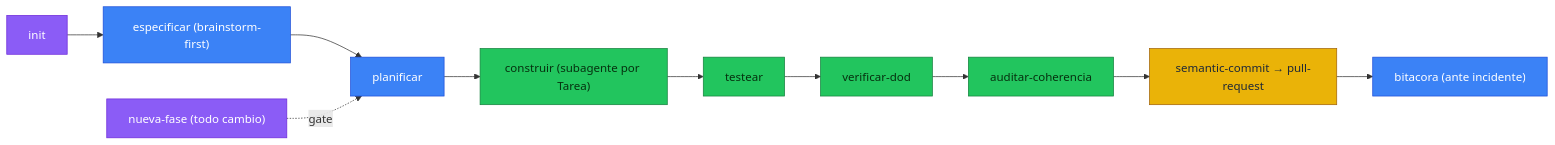
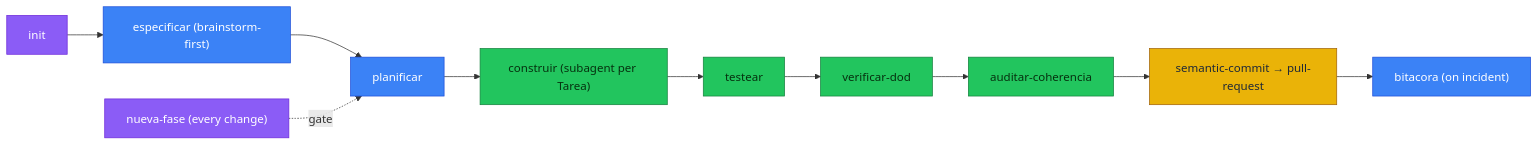
The diagram in README.md (AlexPrietoRomani/project-suite), drawn with Mermaid before and after one commit. The commit also changed other lines of this file and 21 other files, not shown here.

````diff
--- a/README.md
+++ b/README.md
@@ -40,17 +42,17 @@
 ```mermaid
 flowchart LR
     INIT["init"]:::cmd --> ESP["especificar (brainstorm-first)"]:::doc
     ESP --> PLAN["planificar"]:::doc
-    PLAN --> CONSTR["construir (subagente por Tarea)"]:::loop
+    PLAN --> CONSTR["construir (subagent per Tarea)"]:::loop
     CONSTR --> TEST["testear"]:::loop
     TEST --> DOD["verificar-dod"]:::loop
     DOD --> COH["auditar-coherencia"]:::loop
     COH --> COMMIT["semantic-commit → pull-request"]:::git
-    COMMIT --> BIT["bitacora (ante incidente)"]:::doc
-    NUEVA["nueva-fase (todo cambio)"]:::cmd -.->|"gate"| PLAN
+    COMMIT --> BIT["bitacora (on incident)"]:::doc
+    NUEVA["nueva-fase (every change)"]:::cmd -.->|"gate"| PLAN
 
     classDef cmd fill:#8B5CF6,stroke:#6D28D9,color:#FFFFFF;
     classDef doc fill:#3B82F6,stroke:#1D4ED8,color:#FFFFFF;
     classDef loop fill:#22C55E,stroke:#15803D,color:#06310F;
     classDef git fill:#EAB308,stroke:#A16207,color:#1F2937;
 ```
````
